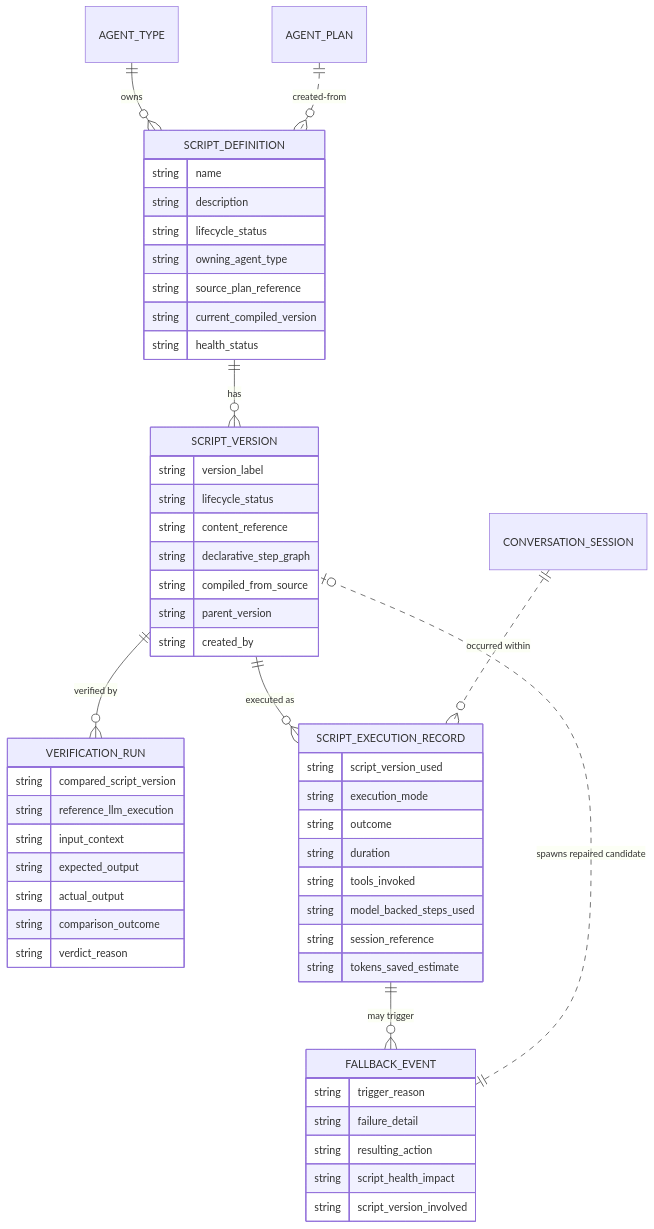
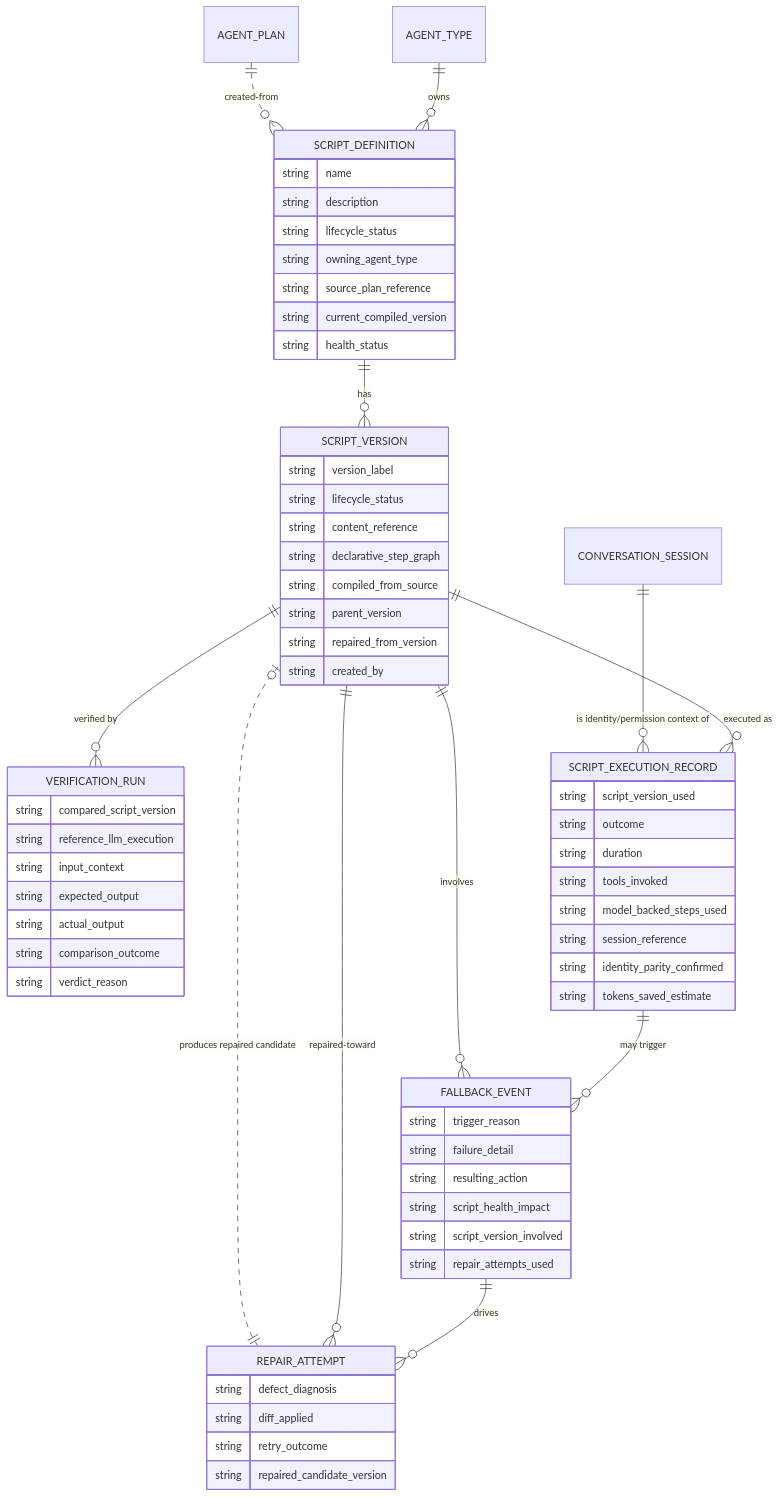
The diagram in docs/changes/software-3.0-agent-framework/data-model.md (hurungang/parthenon), drawn with Mermaid before and after one commit. The commit also changed other lines of this file and 205 other files, not shown here.

````diff
--- a/docs/changes/software-3.0-agent-framework/data-model.md
+++ b/docs/changes/software-3.0-agent-framework/data-model.md
@@ -8,56 +8,67 @@
 ```mermaid
 erDiagram
     AGENT_TYPE ||--o{ SCRIPT_DEFINITION : owns
     AGENT_PLAN ||..o{ SCRIPT_DEFINITION : "created-from"
     SCRIPT_DEFINITION ||--o{ SCRIPT_VERSION : "has"
     SCRIPT_VERSION ||--o{ VERIFICATION_RUN : "verified by"
     SCRIPT_VERSION ||--o{ SCRIPT_EXECUTION_RECORD : "executed as"
     SCRIPT_EXECUTION_RECORD ||--o{ FALLBACK_EVENT : "may trigger"
-    FALLBACK_EVENT ||..o| SCRIPT_VERSION : "spawns repaired candidate"
-    CONVERSATION_SESSION ||..o{ SCRIPT_EXECUTION_RECORD : "occurred within"
+    FALLBACK_EVENT }o--|| SCRIPT_VERSION : "involves"
+    FALLBACK_EVENT ||--o{ REPAIR_ATTEMPT : "drives"
+    REPAIR_ATTEMPT ||..o| SCRIPT_VERSION : "produces repaired candidate"
+    SCRIPT_VERSION ||--o{ REPAIR_ATTEMPT : "repaired-toward"
+    CONVERSATION_SESSION ||--o{ SCRIPT_EXECUTION_RECORD : "is identity/permission context of"
 
     SCRIPT_DEFINITION {
         string name
         string description
         string lifecycle_status
         string owning_agent_type
         string source_plan_reference
         string current_compiled_version
         string health_status
     }
     SCRIPT_VERSION {
         string version_label
         string lifecycle_status
         string content_reference
         string declarative_step_graph
         string compiled_from_source
         string parent_version
+        string repaired_from_version
         string created_by
     }
     VERIFICATION_RUN {
         string compared_script_version
         string reference_llm_execution
         string input_context
         string expected_output
         string actual_output
         string comparison_outcome
         string verdict_reason
     }
     SCRIPT_EXECUTION_RECORD {
         string script_version_used
-        string execution_mode
         string outcome
         string duration
         string tools_invoked
         string model_backed_steps_used
         string session_reference
+        string identity_parity_confirmed
         string tokens_saved_estimate
     }
     FALLBACK_EVENT {
         string trigger_reason
         string failure_detail
         string resulting_action
         string script_health_impact
         string script_version_involved
+        string repair_attempts_used
+    }
+    REPAIR_ATTEMPT {
+        string defect_diagnosis
+        string diff_applied
+        string retry_outcome
+        string repaired_candidate_version
     }
 ```
````
